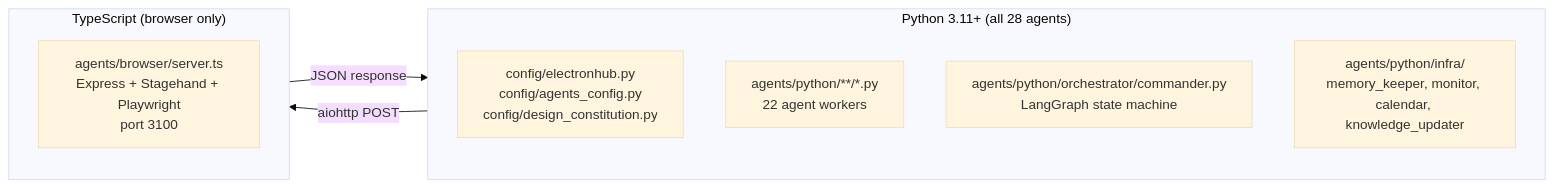
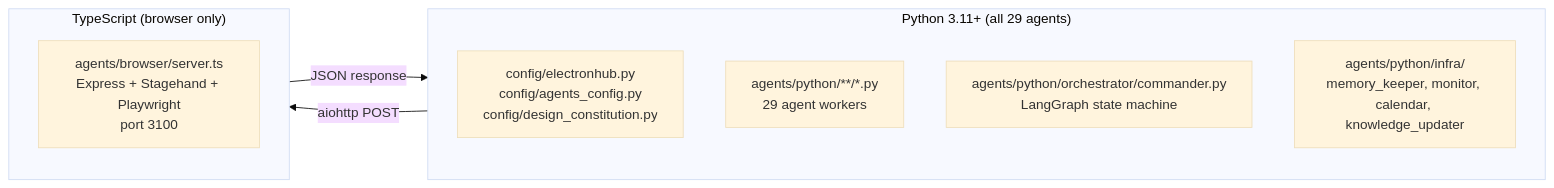
The second of 4 diagrams in docs/01-architecture.md (snowby666/forge), drawn with Mermaid (base theme) before and after one commit. The commit also changed other lines of this file and 11 other files, not shown here.

````diff
--- a/docs/01-architecture.md
+++ b/docs/01-architecture.md
@@ -130,17 +130,17 @@
 ```mermaid
 graph LR
-    subgraph PY["Python 3.11+  (all 28 agents)"]
+    subgraph PY["Python 3.11+  (all 29 agents)"]
         direction TB
         C["config/electronhub.py\nconfig/agents_config.py\nconfig/design_constitution.py"]
-        A["agents/python/**/*.py\n22 agent workers"]
+        A["agents/python/**/*.py\n29 agent workers"]
         O["agents/python/orchestrator/commander.py\nLangGraph state machine"]
         I["agents/python/infra/\nmemory_keeper, monitor, calendar, knowledge_updater"]
     end
 
     subgraph TS["TypeScript  (browser only)"]
         B["agents/browser/server.ts\nExpress + Stagehand + Playwright\nport 3100"]
     end
 
     PY -->|aiohttp POST| TS
     TS -->|JSON response| PY
 ```
````
